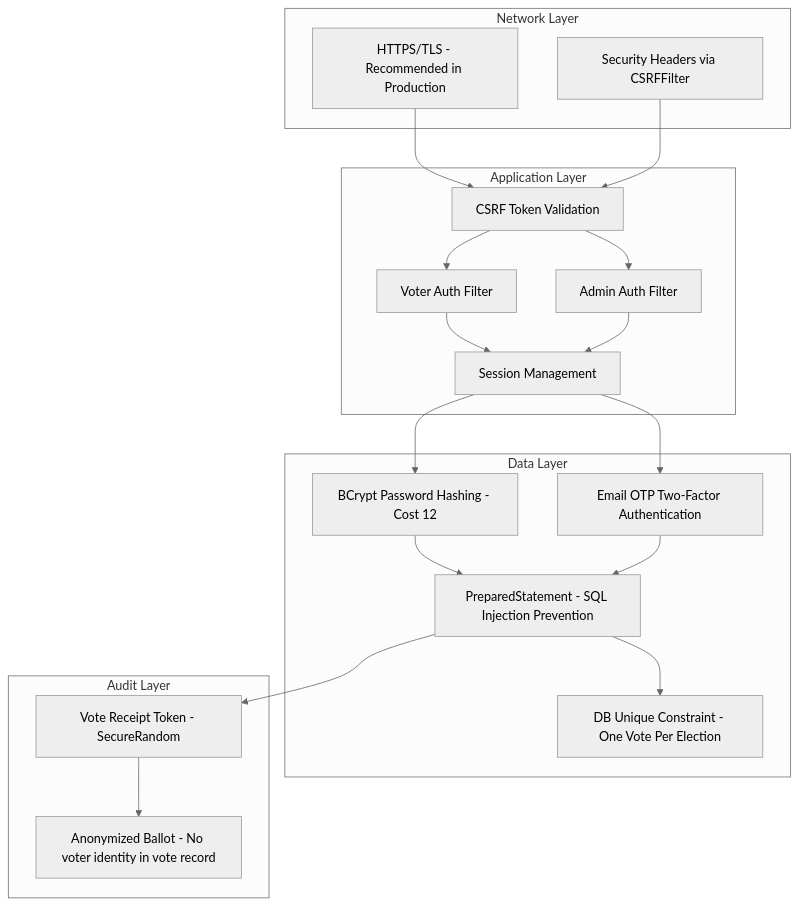
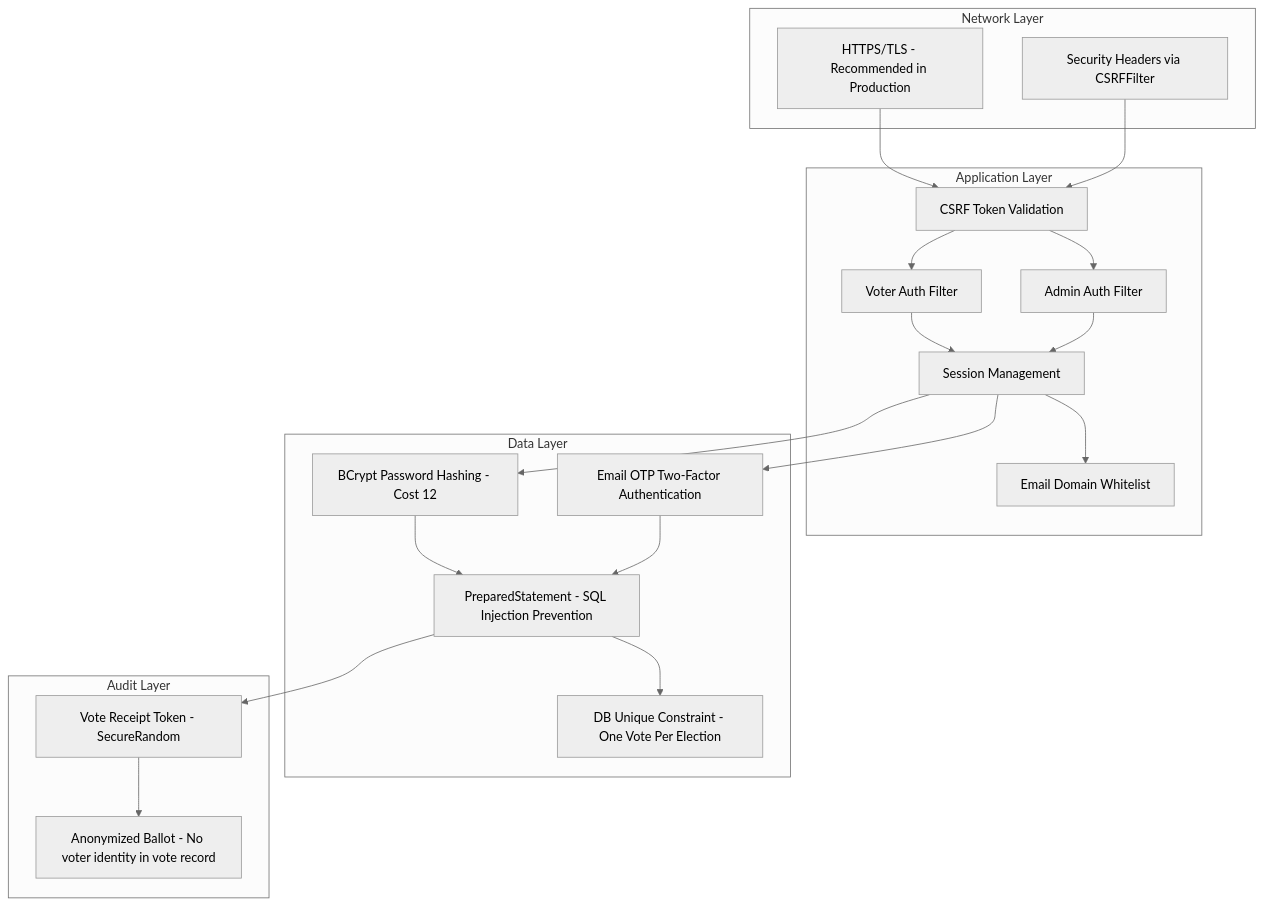
The fifth of 21 diagrams in TECHNICAL_DOCUMENTATION.md (kartikeysingh72/E-Voting), drawn with Mermaid (neutral theme) before and after one commit. The commit also changed other lines of this file and 2 other files, not shown here.

````diff
--- a/TECHNICAL_DOCUMENTATION.md
+++ b/TECHNICAL_DOCUMENTATION.md
@@ -424,40 +446,42 @@
 ```mermaid
 graph TB
     subgraph Network Layer
         HTTPS[HTTPS/TLS - Recommended in Production]
         HSTS[Security Headers via CSRFFilter]
     end
 
     subgraph Application Layer
         CSRF[CSRF Token Validation]
         Auth[Voter Auth Filter]
         AdminAuth[Admin Auth Filter]
         Session[Session Management]
+        DomainValidation[Email Domain Whitelist]
     end
 
     subgraph Data Layer
         BCrypt[BCrypt Password Hashing - Cost 12]
         PreparedStmt[PreparedStatement - SQL Injection Prevention]
         UniqueConstraint[DB Unique Constraint - One Vote Per Election]
         OTP2FA[Email OTP Two-Factor Authentication]
     end
 
     subgraph Audit Layer
         ReceiptToken[Vote Receipt Token - SecureRandom]
         VoteAnonymity[Anonymized Ballot - No voter identity in vote record]
     end
 
     HTTPS --> CSRF
     HSTS --> CSRF
     CSRF --> Auth
     CSRF --> AdminAuth
     Auth --> Session
     AdminAuth --> Session
     Session --> BCrypt
     Session --> OTP2FA
+    Session --> DomainValidation
     BCrypt --> PreparedStmt
     OTP2FA --> PreparedStmt
     PreparedStmt --> UniqueConstraint
     PreparedStmt --> ReceiptToken
     ReceiptToken --> VoteAnonymity
 ```
````
